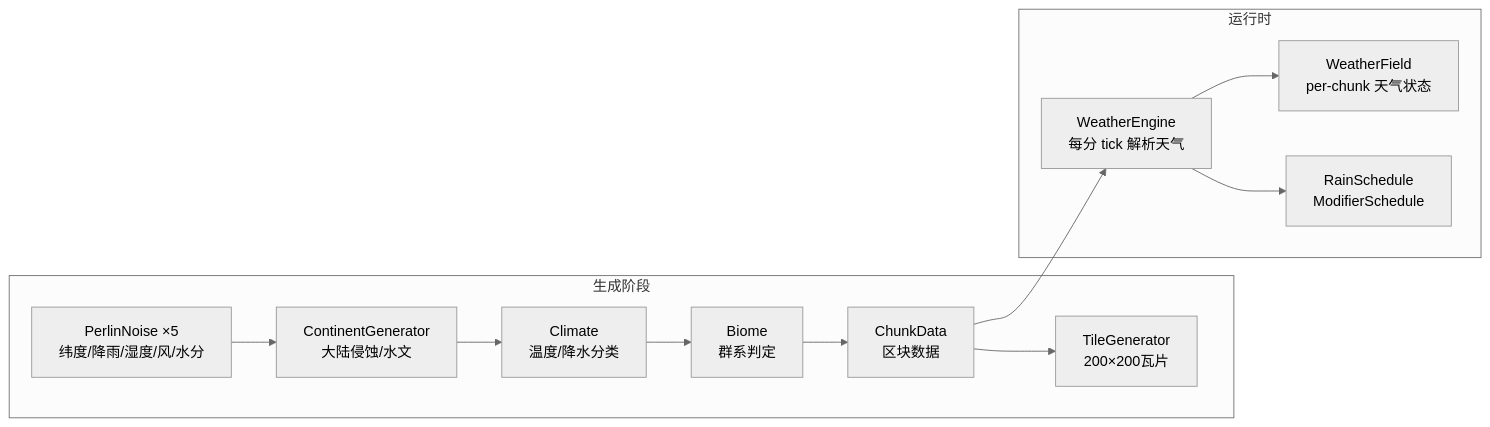
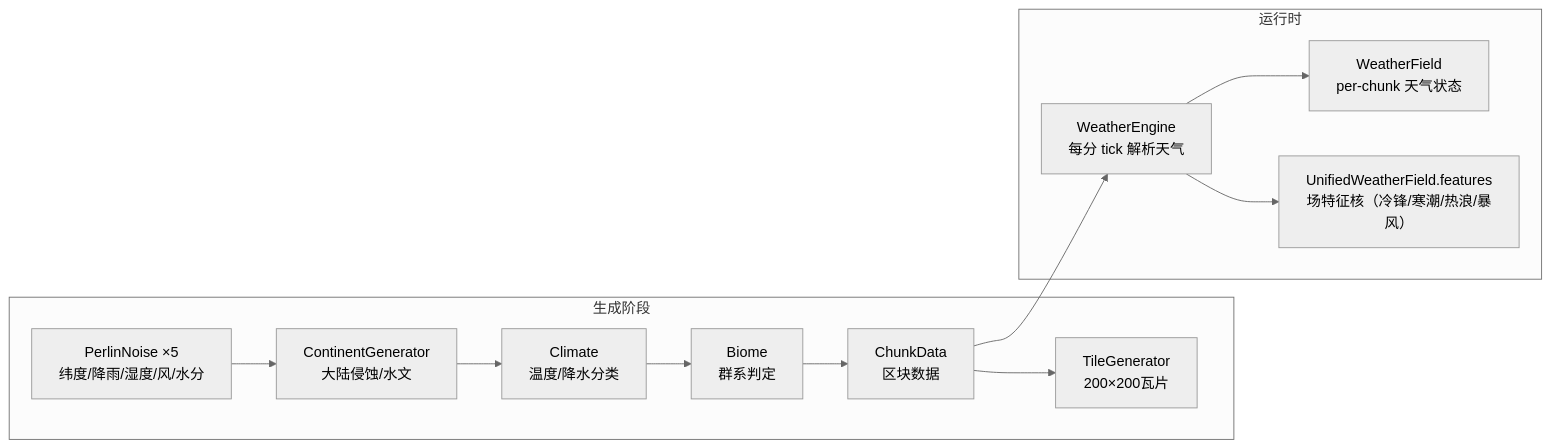
Before and after one commit to Jedidiah-Zhang/Ascend: the fourth of 6 diagrams in docs/diagrams/architecture.md, drawn with Mermaid (neutral theme). The commit also changed other lines of this file and 262 other files, not shown here.

````diff
--- a/docs/diagrams/architecture.md
+++ b/docs/diagrams/architecture.md
@@ -133,26 +133,26 @@
 ```mermaid
 graph LR
     subgraph 生成阶段
         NOISE["PerlinNoise ×5<br/>纬度/降雨/湿度/风/水分"]
         CONT["ContinentGenerator<br/>大陆侵蚀/水文"]
         CLIMATE["Climate<br/>温度/降水分类"]
         BIOME["Biome<br/>群系判定"]
         CHUNK["ChunkData<br/>区块数据"]
         TILE["TileGenerator<br/>200×200瓦片"]
     end
 
     subgraph 运行时
         WEA_RUN["WeatherEngine<br/>每分 tick 解析天气"]
         FIELD["WeatherField<br/>per-chunk 天气状态"]
-        SCHED["RainSchedule<br/>ModifierSchedule"]
+        FEAT["UnifiedWeatherField.features<br/>场特征核（冷锋/寒潮/热浪/暴风）"]
     end
 
     NOISE --> CONT
     CONT --> CLIMATE
     CLIMATE --> BIOME
     BIOME --> CHUNK
     CHUNK --> TILE
     CHUNK --> WEA_RUN
     WEA_RUN --> FIELD
-    WEA_RUN --> SCHED
+    WEA_RUN --> FEAT
 ```
````
